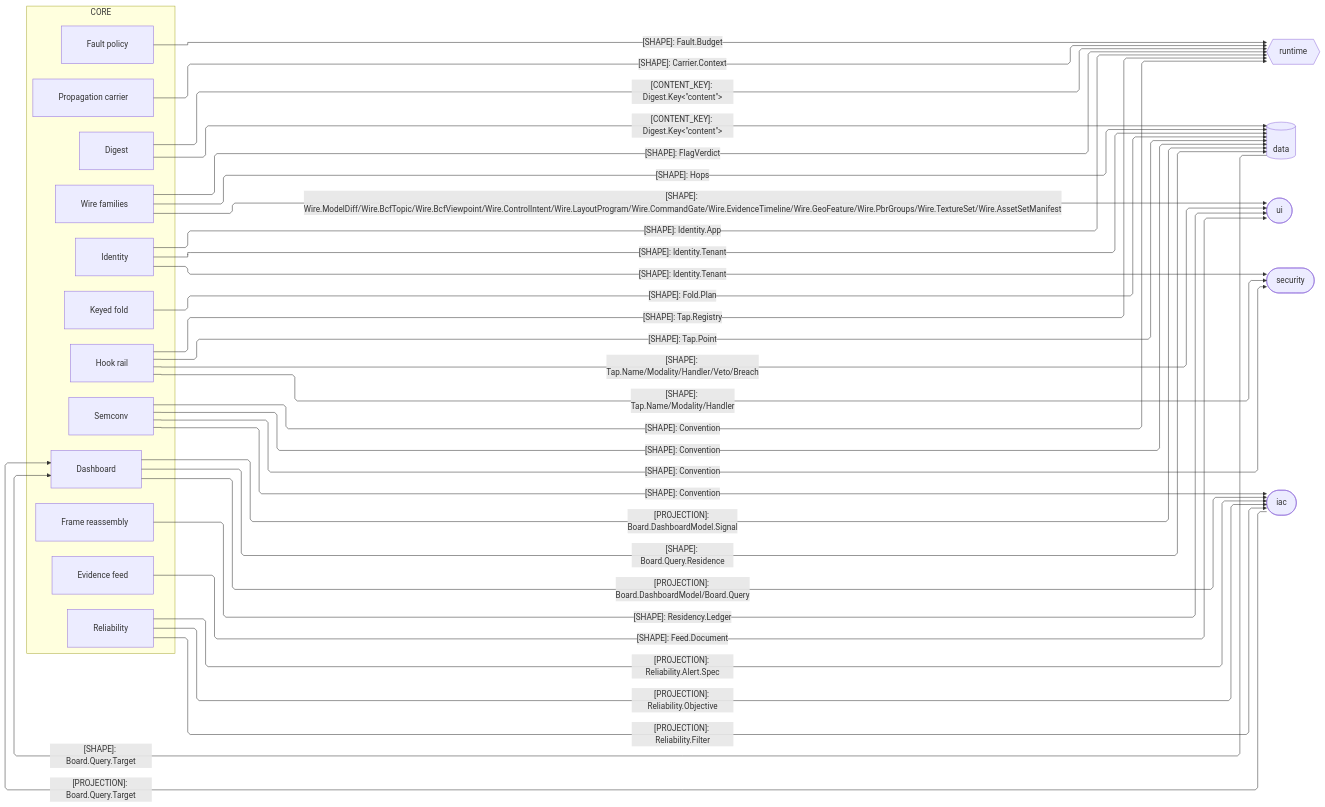
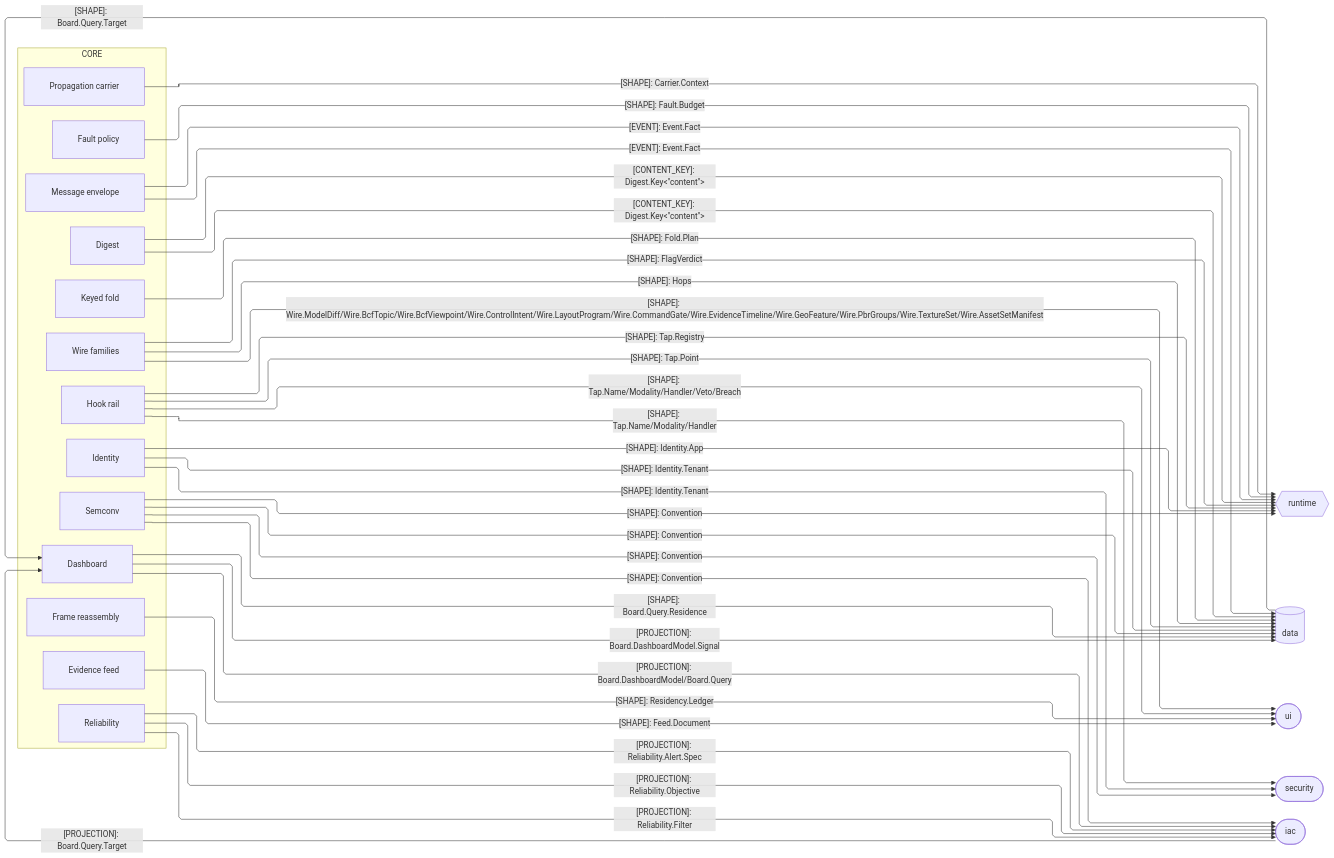
The third of 4 diagrams in libs/typescript/core/ARCHITECTURE.md (bsamiee/Rasm), drawn with Mermaid before and after one commit. The commit also changed other lines of this file and 509 other files, not shown here.

````diff
--- a/libs/typescript/core/ARCHITECTURE.md
+++ b/libs/typescript/core/ARCHITECTURE.md
@@ -171,60 +175,63 @@
 ```mermaid
 ---
 config:
   layout: elk
   flowchart:
     curve: linear
     padding: 25
 ---
 flowchart LR
     accTitle: Core TypeScript sibling seam registry
     accDescr: Core sends value, state, wire, observe, and carrier shapes; data and IaC return Board.Query targets.
     subgraph core[CORE]
         Digest[Digest]
         Wire[Wire families]
         Frame[Frame reassembly]
         Fold[Keyed fold]
         Feed[Evidence feed]
         Identity[Identity]
         Fault[Fault policy]
         Convention[Semconv]
         Reliability[Reliability]
         Board[Dashboard]
         Tap[Hook rail]
         Carrier[Propagation carrier]
+        Event[Message envelope]
     end
     Runtime{{runtime}}
     Data[(data)]
     Ui([ui])
     Security([security])
     Iac([iac])
     Digest e1@-->|"[CONTENT_KEY]: Digest.Key&lt;&quot;content&quot;&gt;"| Data
     Digest e2@-->|"[CONTENT_KEY]: Digest.Key&lt;&quot;content&quot;&gt;"| Runtime
     Wire e3@-->|"[SHAPE]: FlagVerdict"| Runtime
     Fold e4@-->|"[SHAPE]: Fold.Plan"| Data
     Feed e5@-->|"[SHAPE]: Feed.Document"| Ui
     Identity e6@-->|"[SHAPE]: Identity.Tenant"| Security
     Identity e7@-->|"[SHAPE]: Identity.Tenant"| Data
     Identity e8@-->|"[SHAPE]: Identity.App"| Runtime
     Fault e9@-->|"[SHAPE]: Fault.Budget"| Runtime
     Convention e10@-->|"[SHAPE]: Convention"| Runtime
     Convention e12@-->|"[SHAPE]: Convention"| Data
     Convention e13@-->|"[SHAPE]: Convention"| Security
     Convention e22@-->|"[SHAPE]: Convention"| Iac
     Board e11@-->|"[PROJECTION]: Board.DashboardModel/Board.Query"| Iac
     Reliability e14@-->|"[PROJECTION]: Reliability.Alert.Spec"| Iac
     Frame e15@-->|"[SHAPE]: Residency.Ledger"| Ui
     Wire e21@-->|"[SHAPE]: Wire.ModelDiff/Wire.BcfTopic/Wire.BcfViewpoint/Wire.ControlIntent/Wire.LayoutProgram/Wire.CommandGate/Wire.EvidenceTimeline/Wire.GeoFeature/Wire.PbrGroups/Wire.TextureSet/Wire.AssetSetManifest"| Ui
     Reliability e16@-->|"[PROJECTION]: Reliability.Objective"| Iac
     Reliability e29@-->|"[PROJECTION]: Reliability.Filter"| Iac
     Tap e17@-->|"[SHAPE]: Tap.Registry"| Runtime
     Carrier e18@-->|"[SHAPE]: Carrier.Context"| Runtime
     Tap e19@-->|"[SHAPE]: Tap.Point"| Data
     Tap e20@-->|"[SHAPE]: Tap.Name/Modality/Handler/Veto/Breach"| Ui
     Tap e23@-->|"[SHAPE]: Tap.Name/Modality/Handler"| Security
     Board e24@-->|"[SHAPE]: Board.Query.Residence"| Data
     Wire e25@-->|"[SHAPE]: Hops"| Data
     Data e26@-->|"[SHAPE]: Board.Query.Target"| Board
     Board e27@-->|"[PROJECTION]: Board.DashboardModel.Signal"| Data
     Iac e28@-->|"[PROJECTION]: Board.Query.Target"| Board
+    Event e30@-->|"[EVENT]: Event.Fact"| Data
+    Event e31@-->|"[EVENT]: Event.Fact"| Runtime
 ```
````
